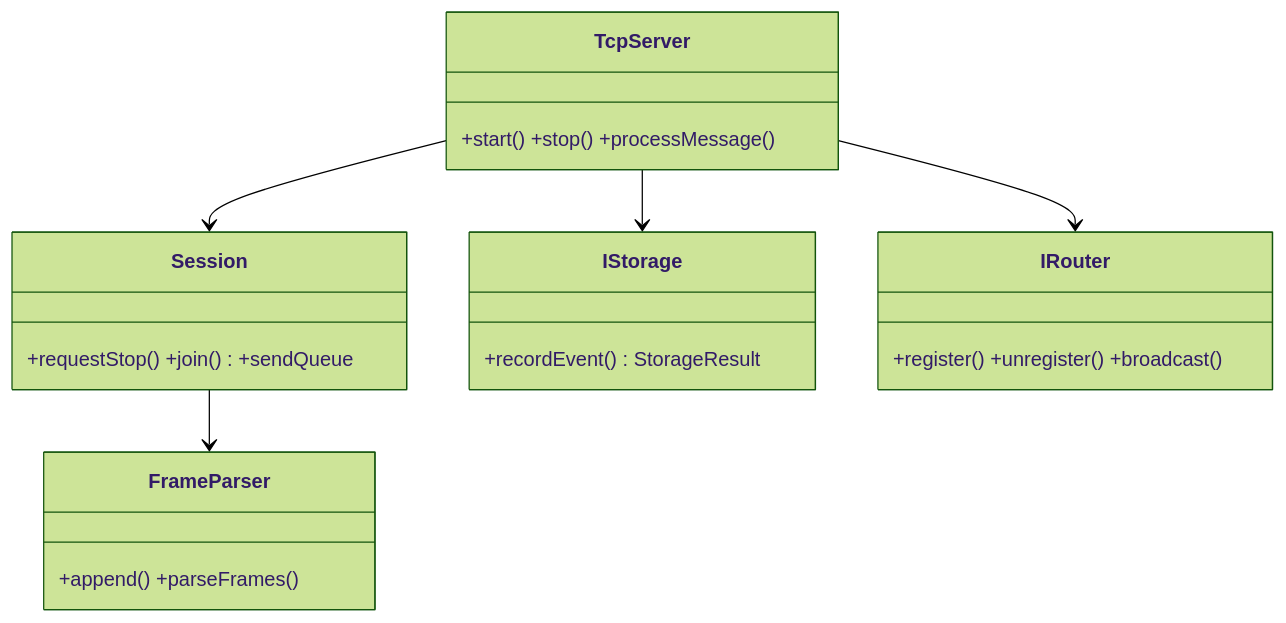
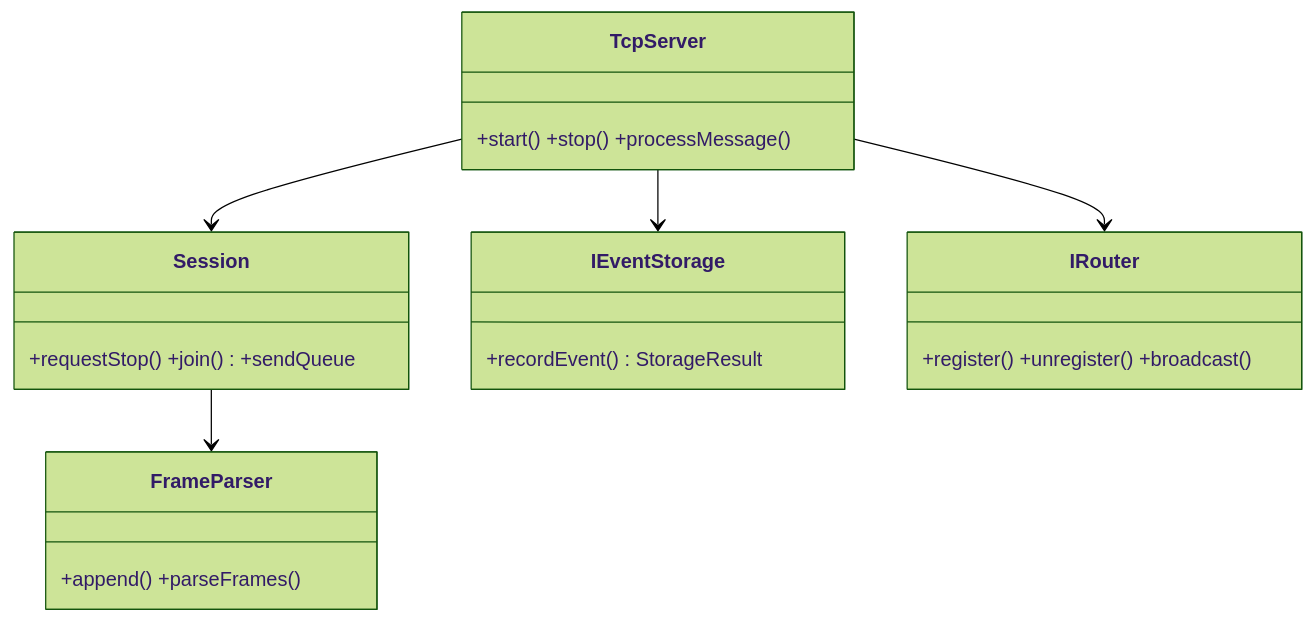
The fourth of 4 diagrams in docs/18_remediation/v0.1-remediation-plan.md (ParadoxMoranis/RemoteClipboard), drawn with Mermaid (forest theme) before and after one commit. The commit also changed other lines of this file and 5 other files, not shown here.

````diff
--- a/docs/18_remediation/v0.1-remediation-plan.md
+++ b/docs/18_remediation/v0.1-remediation-plan.md
@@ -118,12 +118,12 @@
 ```mermaid
 classDiagram
   class TcpServer {+start() +stop() +processMessage()}
   class Session {+requestStop() +join() +sendQueue}
   class FrameParser {+append() +parseFrames()}
-  class IStorage {+recordEvent() StorageResult}
+  class IEventStorage {+recordEvent() StorageResult}
   class IRouter {+register() +unregister() +broadcast()}
   TcpServer --> Session
   Session --> FrameParser
-  TcpServer --> IStorage
+  TcpServer --> IEventStorage
   TcpServer --> IRouter
 ```
````
